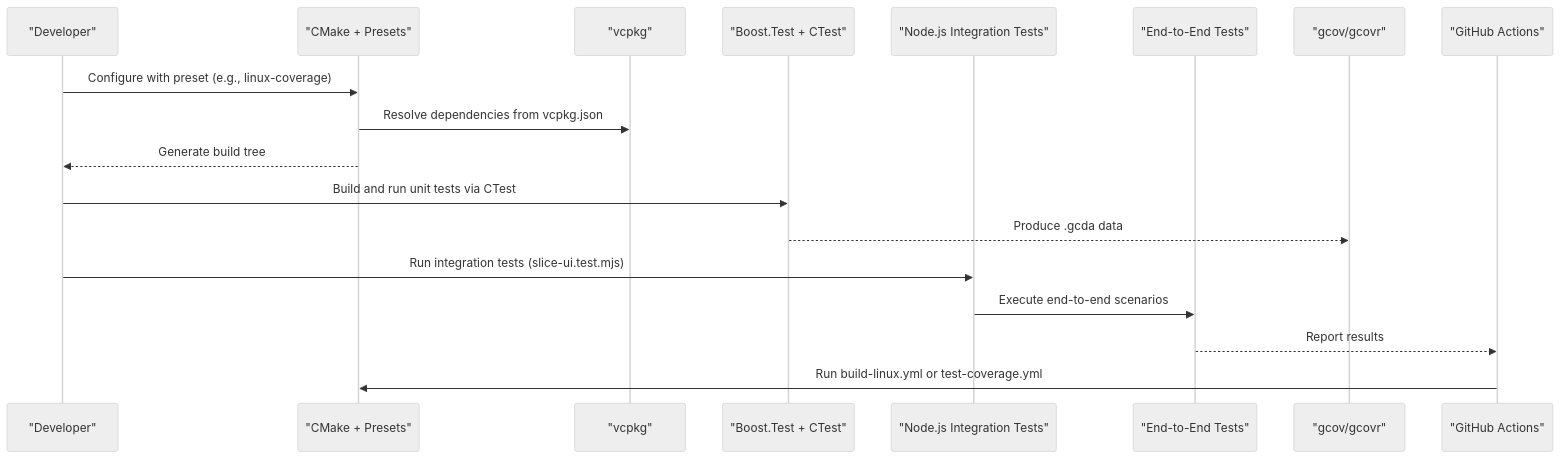
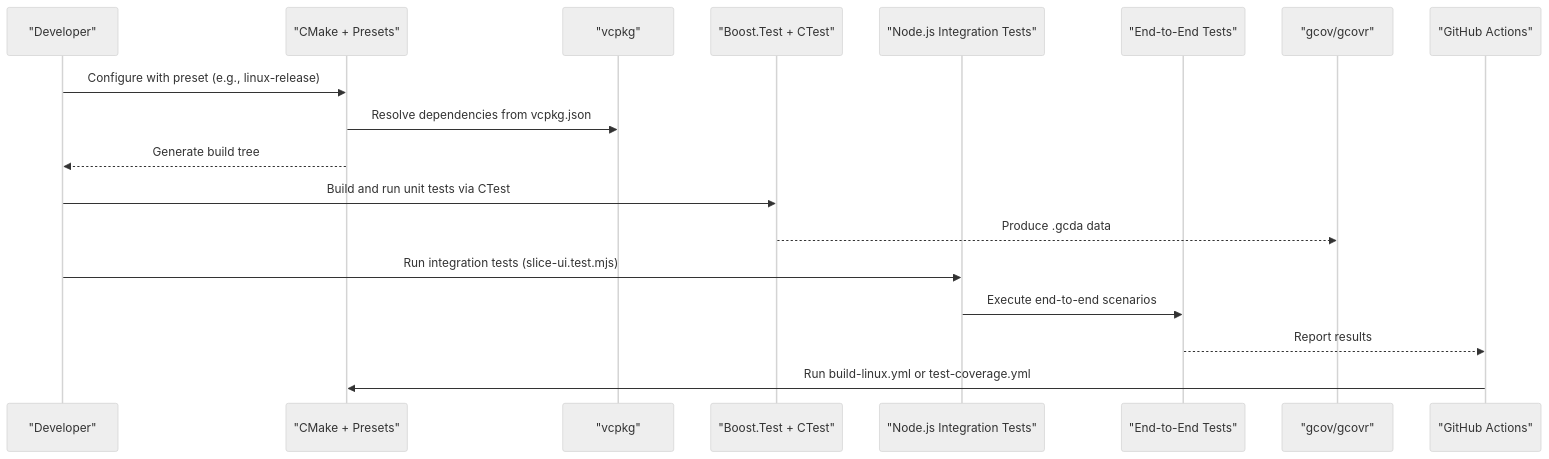
One commit to hsmbanlance/HsBaSlicer changed the second of 9 diagrams in .qoder/repowiki/en/content/Development Testing & Contribution.md. Above: the diagram before and after it, drawn with Mermaid (neutral theme). The commit also changed other lines of this file and 66 other files, not shown here.

````diff
--- a/.qoder/repowiki/en/content/Development Testing & Contribution.md
+++ b/.qoder/repowiki/en/content/Development Testing & Contribution.md
@@ -148,20 +160,20 @@
 ```mermaid
 sequenceDiagram
 participant Dev as "Developer"
 participant CMake as "CMake + Presets"
 participant VCPKG as "vcpkg"
 participant UnitTests as "Boost.Test + CTest"
 participant IntegrationTests as "Node.js Integration Tests"
 participant E2ETests as "End-to-End Tests"
 participant Coverage as "gcov/gcovr"
 participant CI as "GitHub Actions"
-Dev->>CMake : Configure with preset (e.g., linux-coverage)
+Dev->>CMake : Configure with preset (e.g., linux-release)
 CMake->>VCPKG : Resolve dependencies from vcpkg.json
 CMake-->>Dev : Generate build tree
 Dev->>UnitTests : Build and run unit tests via CTest
 UnitTests-->>Coverage : Produce .gcda data
 Dev->>IntegrationTests : Run integration tests (slice-ui.test.mjs)
 IntegrationTests->>E2ETests : Execute end-to-end scenarios
 E2ETests-->>CI : Report results
 CI->>CMake : Run build-linux.yml or test-coverage.yml
 ```
````
